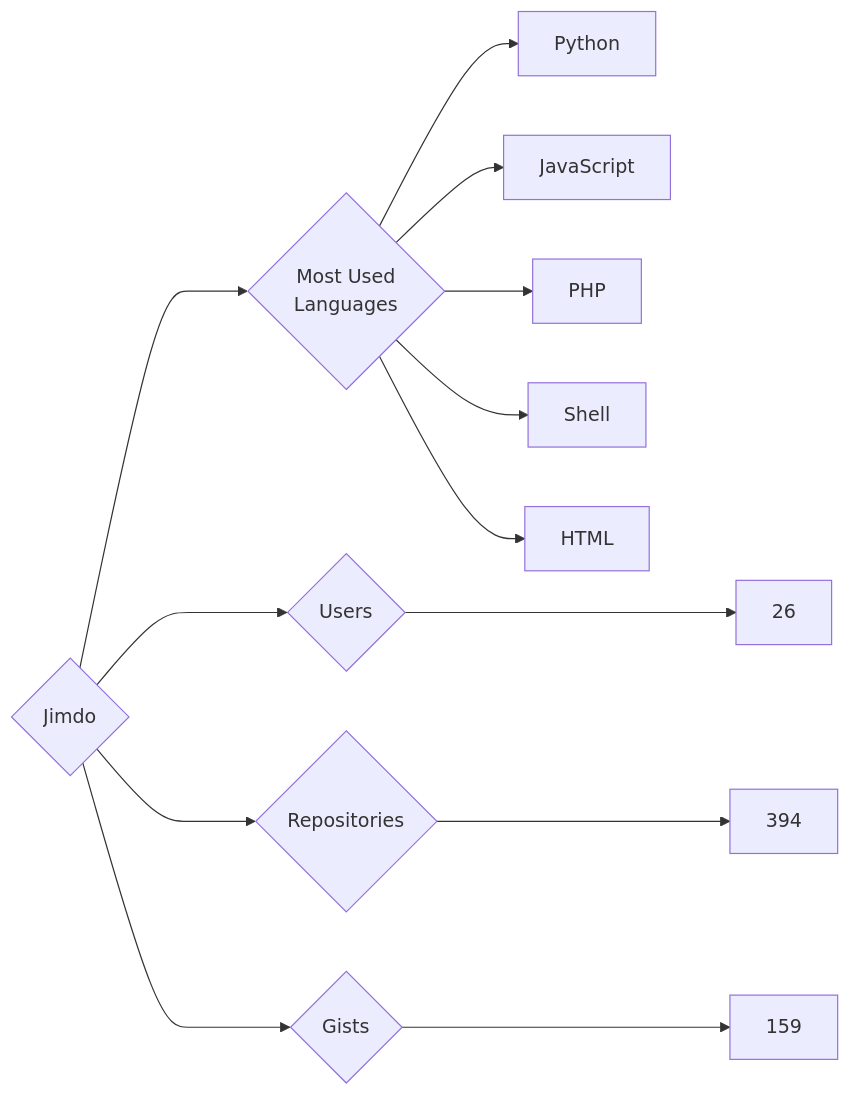
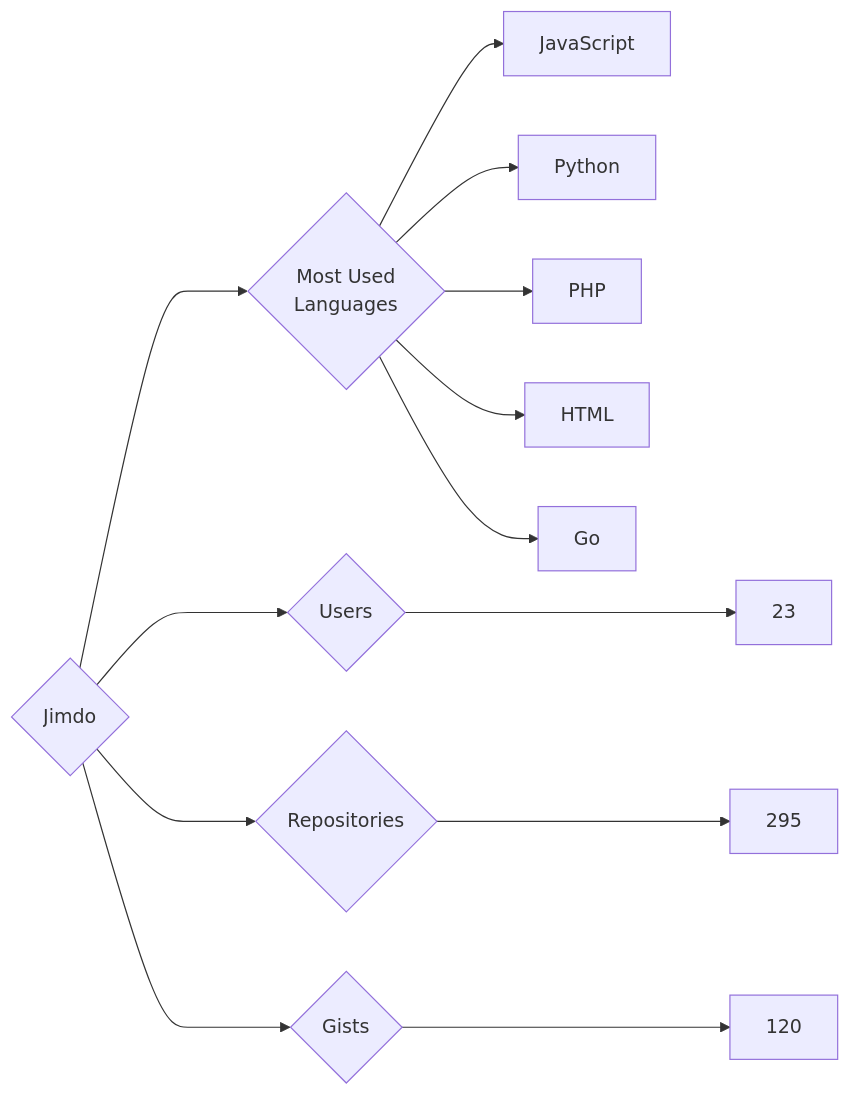
One commit to trickest/insiders changed the diagram in targets/Jimdo/README.md. Above: the diagram before and after it, drawn with Mermaid. The commit also changed 872 other files, not shown here.

````diff
--- a/targets/Jimdo/README.md
+++ b/targets/Jimdo/README.md
@@ -3,13 +3,13 @@
 ```mermaid
 graph LR
 COMPANY_NAME{Jimdo}
-COMPANY_NAME ---> U{Users} ---> UN[26]
-COMPANY_NAME ---> R{Repositories} ---> RN[394]
-COMPANY_NAME ---> G{Gists} ---> GN[159]
+COMPANY_NAME ---> U{Users} ---> UN[23]
+COMPANY_NAME ---> R{Repositories} ---> RN[295]
+COMPANY_NAME ---> G{Gists} ---> GN[120]
 COMPANY_NAME ---> ML{Most Used<br>Languages}
+ML --> JavaScript[JavaScript]
 ML --> Python[Python]
-ML --> JavaScript[JavaScript]
 ML --> PHP[PHP]
-ML --> Shell[Shell]
 ML --> HTML[HTML]
+ML --> Go[Go]
 ```
````
